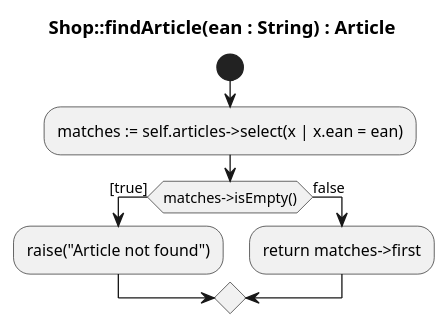
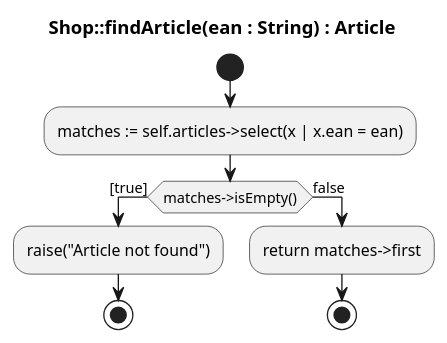
One commit to scx-othr/MoProCo-evaluation changed the diagram in shop/classical-uml/find-article.puml. Above: the diagram before and after it, drawn with PlantUML. The commit also changed 14 other files, not shown here.

```diff
--- a/shop/classical-uml/find-article.puml
+++ b/shop/classical-uml/find-article.puml
@@ -1,12 +1,13 @@
 @startuml
 title Shop::findArticle(ean : String) : Article
 
 start
 :matches := self.articles->select(x | x.ean = ean);
-
 if (matches->isEmpty()) then ([true])
   :raise("Article not found");
+  stop
 else (false)
   :return matches->first;
+  stop
 endif
 @enduml
```
